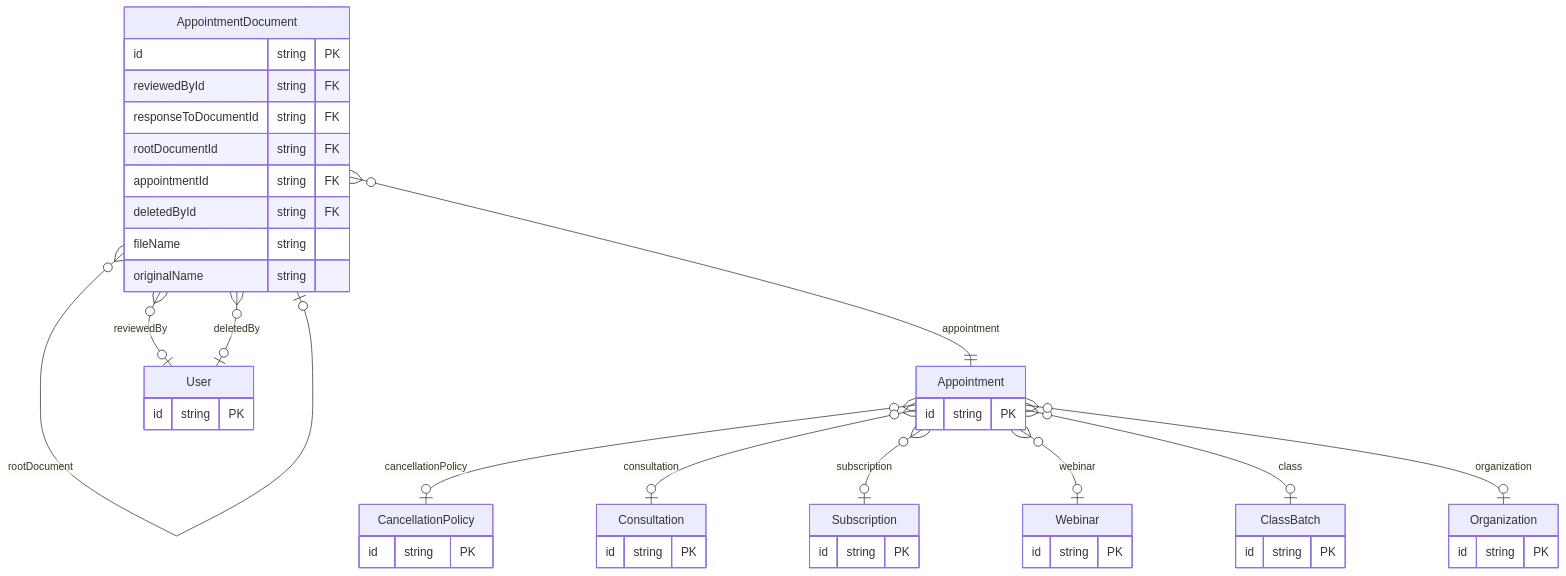
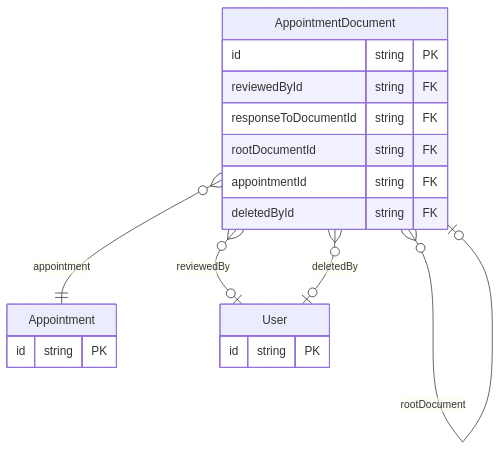
The third of 3 diagrams in docs/prisma/domains/04-lifecycle-and-sessions.md (Practitionist/familiarise_web), drawn with Mermaid before and after one commit. The commit also changed other lines of this file and 14 other files, not shown here.

````diff
--- a/docs/prisma/domains/04-lifecycle-and-sessions.md
+++ b/docs/prisma/domains/04-lifecycle-and-sessions.md
@@ -245,48 +162,22 @@
 ```mermaid
 erDiagram
     AppointmentDocument {
         id string PK
         reviewedById string FK
         responseToDocumentId string FK
         rootDocumentId string FK
         appointmentId string FK
         deletedById string FK
-        fileName string
-        originalName string
     }
     Appointment {
         id string PK
     }
     User {
         id string PK
     }
-    CancellationPolicy {
-        id string PK
-    }
-    Consultation {
-        id string PK
-    }
-    Subscription {
-        id string PK
-    }
-    Webinar {
-        id string PK
-    }
-    ClassBatch {
-        id string PK
-    }
-    Organization {
-        id string PK
-    }
     AppointmentDocument }o--o| User : "reviewedBy"
     AppointmentDocument }o--o| AppointmentDocument : "responseToDocument"
     AppointmentDocument }o--o| AppointmentDocument : "rootDocument"
     AppointmentDocument }o--|| Appointment : "appointment"
     AppointmentDocument }o--o| User : "deletedBy"
-    Appointment }o--o| CancellationPolicy : "cancellationPolicy"
-    Appointment }o--o| Consultation : "consultation"
-    Appointment }o--o| Subscription : "subscription"
-    Appointment }o--o| Webinar : "webinar"
-    Appointment }o--o| ClassBatch : "class"
-    Appointment }o--o| Organization : "organization"
 ```
````
